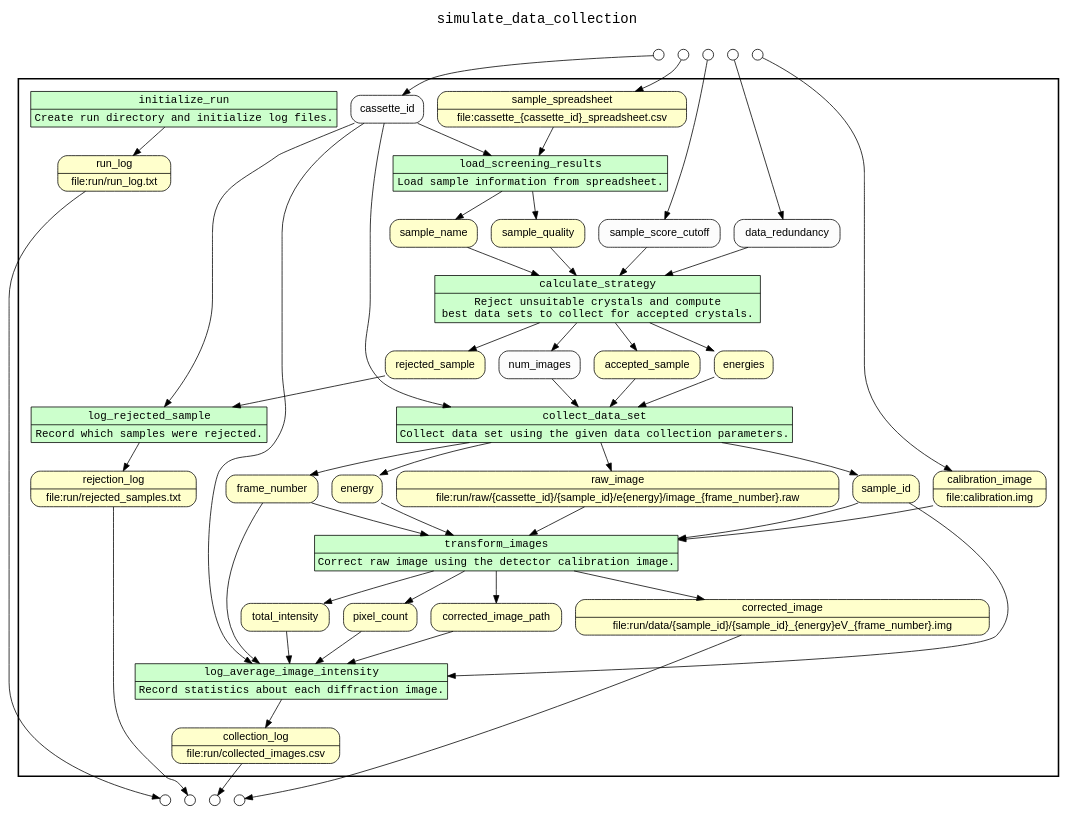
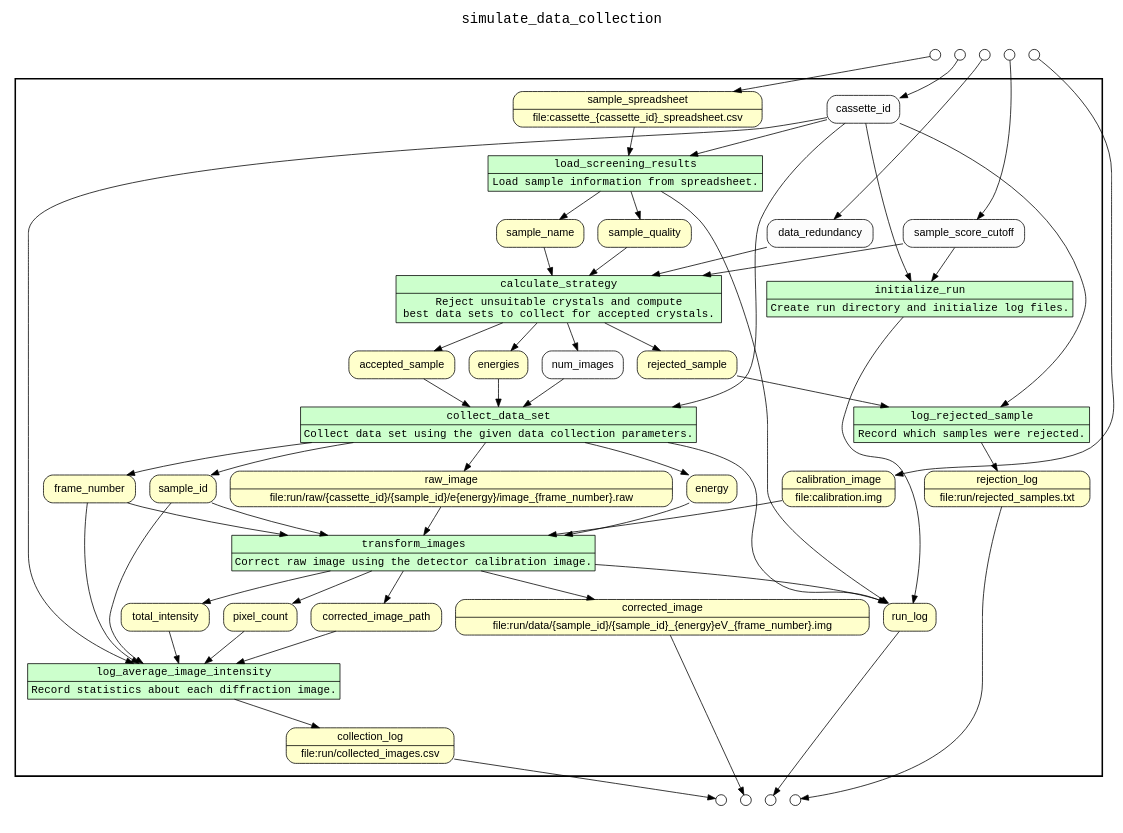
One commit to yesworkflow-org/yw-prototypes changed the diagram in src/main/resources/examples/simulate_data_collection/yw/combined.gv. Above: the diagram before and after it, drawn with Graphviz. The commit also changed 8 other files, not shown here.

```diff
--- a/src/main/resources/examples/simulate_data_collection/yw/combined.gv
+++ b/src/main/resources/examples/simulate_data_collection/yw/combined.gv
@@ -1,150 +1,155 @@
 
 /* Start of top-level graph */
 digraph Workflow {
 rankdir=TB
 
 /* Title for graph */
 fontname=Courier; fontsize=18; labelloc=t
 label=simulate_data_collection
 
 /* Start of double cluster for drawing box around nodes in workflow */
 subgraph cluster_workflow_box_outer { label=""; color=black; penwidth=2
 subgraph cluster_workflow_box_inner { label=""; color=white
 
 /* Style for nodes representing atomic programs in workflow */
 node[shape=box style=filled fillcolor="#CCFFCC" peripheries=1 fontname=Courier]
 
 /* Nodes representing atomic programs in workflow */
 initialize_run [shape=record rankdir=LR label="{<f0> initialize_run |<f1> Create run directory and initialize log files.}"];
 load_screening_results [shape=record rankdir=LR label="{<f0> load_screening_results |<f1> Load sample information from spreadsheet.}"];
 calculate_strategy [shape=record rankdir=LR label="{<f0> calculate_strategy |<f1> Reject unsuitable crystals and compute \n best data sets to collect for accepted crystals.}"];
 log_rejected_sample [shape=record rankdir=LR label="{<f0> log_rejected_sample |<f1> Record which samples were rejected.}"];
 collect_data_set [shape=record rankdir=LR label="{<f0> collect_data_set |<f1> Collect data set using the given data collection parameters.}"];
 transform_images [shape=record rankdir=LR label="{<f0> transform_images |<f1> Correct raw image using the detector calibration image.}"];
 log_average_image_intensity [shape=record rankdir=LR label="{<f0> log_average_image_intensity |<f1> Record statistics about each diffraction image.}"];
 
 /* Style for nodes representing non-parameter data channels in workflow */
 node[shape=box style="rounded,filled" fillcolor="#FFFFCC" peripheries=1 fontname=Helvetica]
 
 /* Nodes for non-parameter data channels in workflow */
 corrected_image [shape=record rankdir=LR label="{<f0> corrected_image |<f1> file\:run/data/\{sample_id\}/\{sample_id\}_\{energy\}eV_\{frame_number\}.img}"];
-run_log [shape=record rankdir=LR label="{<f0> run_log |<f1> file\:run/run_log.txt}"];
+run_log
 collection_log [shape=record rankdir=LR label="{<f0> collection_log |<f1> file\:run/collected_images.csv}"];
 rejection_log [shape=record rankdir=LR label="{<f0> rejection_log |<f1> file\:run/rejected_samples.txt}"];
 sample_spreadsheet [shape=record rankdir=LR label="{<f0> sample_spreadsheet |<f1> file\:cassette_\{cassette_id\}_spreadsheet.csv}"];
 sample_name
 sample_quality
 rejected_sample
 accepted_sample
 energies
 sample_id
 energy
 frame_number
 raw_image [shape=record rankdir=LR label="{<f0> raw_image |<f1> file\:run/raw/\{cassette_id\}/\{sample_id\}/e\{energy\}/image_\{frame_number\}.raw}"];
 calibration_image [shape=record rankdir=LR label="{<f0> calibration_image |<f1> file\:calibration.img}"];
 corrected_image_path
 total_intensity
 pixel_count
 
 /* Style for nodes representing parameter channels in workflow */
 node[shape=box style="rounded,filled" fillcolor="#FCFCFC" peripheries=1 fontname=Helvetica]
 
 /* Nodes representing parameter channels in workflow */
 cassette_id
 sample_score_cutoff
 data_redundancy
 num_images
 
 /* Edges representing connections between programs and channels */
 initialize_run -> run_log
+cassette_id -> initialize_run
+sample_score_cutoff -> initialize_run
 load_screening_results -> sample_name
 load_screening_results -> sample_quality
+load_screening_results -> run_log
 cassette_id -> load_screening_results
 sample_spreadsheet -> load_screening_results
 calculate_strategy -> accepted_sample
 calculate_strategy -> rejected_sample
 calculate_strategy -> num_images
 calculate_strategy -> energies
 sample_score_cutoff -> calculate_strategy
 data_redundancy -> calculate_strategy
 sample_name -> calculate_strategy
 sample_quality -> calculate_strategy
 log_rejected_sample -> rejection_log
 cassette_id -> log_rejected_sample
 rejected_sample -> log_rejected_sample
 collect_data_set -> sample_id
 collect_data_set -> energy
 collect_data_set -> frame_number
 collect_data_set -> raw_image
+collect_data_set -> run_log
 cassette_id -> collect_data_set
 num_images -> collect_data_set
 accepted_sample -> collect_data_set
 energies -> collect_data_set
 transform_images -> corrected_image
 transform_images -> corrected_image_path
 transform_images -> total_intensity
 transform_images -> pixel_count
+transform_images -> run_log
 sample_id -> transform_images
 energy -> transform_images
 frame_number -> transform_images
 raw_image -> transform_images
 calibration_image -> transform_images
 log_average_image_intensity -> collection_log
 cassette_id -> log_average_image_intensity
 sample_id -> log_average_image_intensity
 frame_number -> log_average_image_intensity
 corrected_image_path -> log_average_image_intensity
 total_intensity -> log_average_image_intensity
 pixel_count -> log_average_image_intensity
 
 /* End of double cluster for drawing box around nodes in workflow */
 }}
 
 /* Hidden double-cluster for grouping workflow input ports */
 subgraph cluster_input_ports_group_outer { label=""; color=white
 subgraph cluster_input_ports_group_inner { label=""; color=white
 
 /* Style for nodes representing workflow input ports */
 node[shape=circle style="rounded,filled" fillcolor="#FFFFFF" peripheries=1 fontname=Helvetica width=0.2]
 
 /* Nodes representing workflow input ports */
 cassette_id_input_port [label=""]
 sample_score_cutoff_input_port [label=""]
 data_redundancy_input_port [label=""]
 sample_spreadsheet_input_port [label=""]
 calibration_image_input_port [label=""]
 
 /* End of double-cluster for grouping workflow input ports */
 }}
 
 /* Hidden double-cluster for grouping workflow output ports */
 subgraph cluster_output_ports_group_outer { label=""; color=white
 subgraph cluster_output_ports_group_inner { label=""; color=white
 
 /* Style for nodes representing workflow output ports */
 node[shape=circle style="rounded,filled" fillcolor="#FFFFFF" peripheries=1 fontname=Helvetica width=0.2]
 
 /* Nodes representing workflow output ports */
 corrected_image_output_port [label=""]
 run_log_output_port [label=""]
 collection_log_output_port [label=""]
 rejection_log_output_port [label=""]
 
 /* End of double-cluster for grouping workflow output ports */
 }}
 
 /* Edges from input ports to channels */
 cassette_id_input_port -> cassette_id
 sample_score_cutoff_input_port -> sample_score_cutoff
 data_redundancy_input_port -> data_redundancy
 sample_spreadsheet_input_port -> sample_spreadsheet
 calibration_image_input_port -> calibration_image
 
 /* Edges from channels to output ports */
 corrected_image -> corrected_image_output_port
 run_log -> run_log_output_port
 collection_log -> collection_log_output_port
 rejection_log -> rejection_log_output_port
 
 /* End of top-level graph */
 }
```
